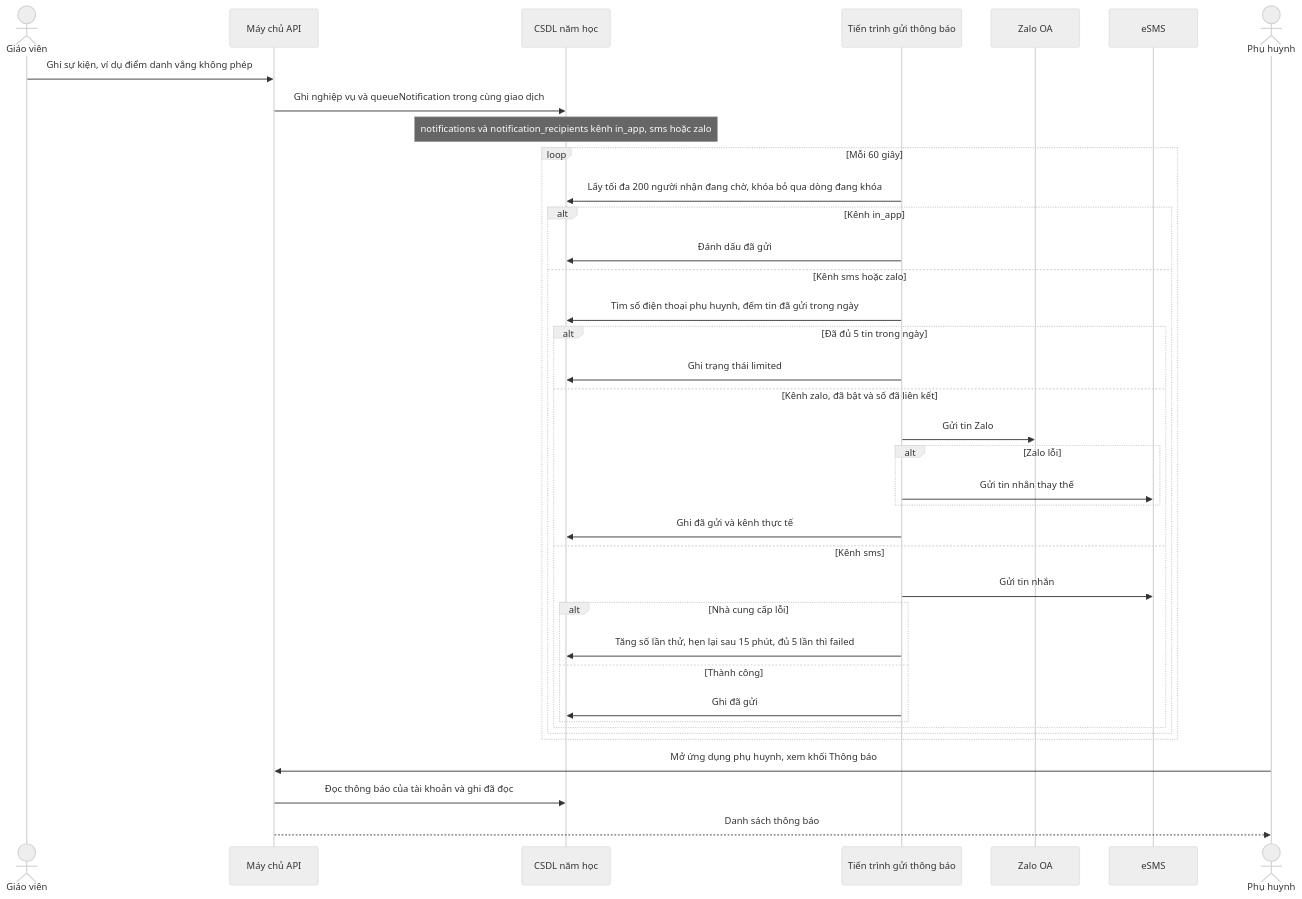
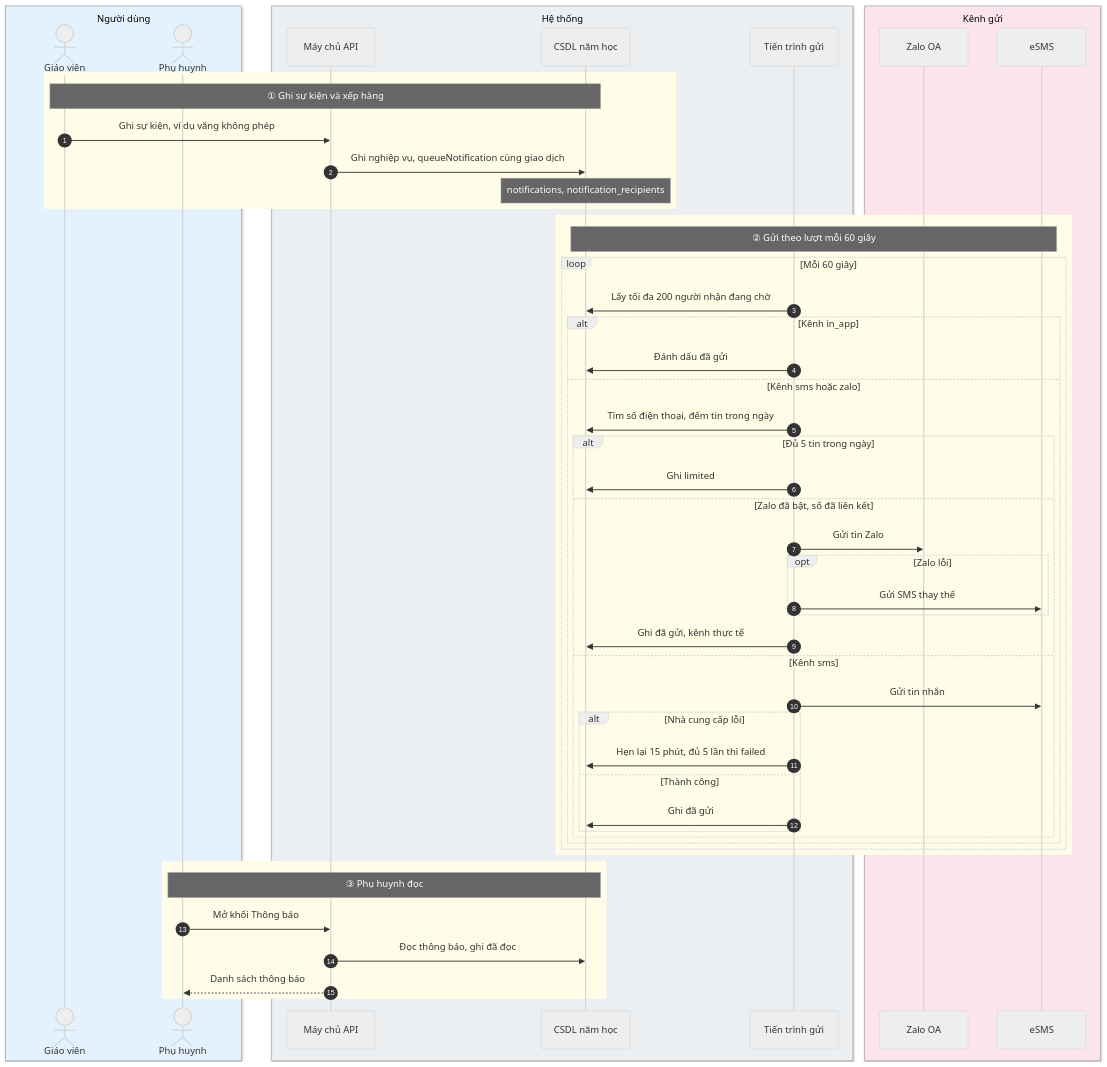
The fourth of 6 diagrams in tai_lieu/34_TONG_HOP_CHUC_NANG_HE_THONG/01_TONG_QUAN_VA_NEN_TANG.md (luckyshopvn/school_management), drawn with Mermaid (neutral theme) before and after one commit. The commit also changed other lines of this file and 8 other files, not shown here.

First line of the commit message:
Tài liệu 34: vẽ lại toàn bộ sơ đồ cho trực quan, thêm bản PDF gộp

````diff
--- a/tai_lieu/34_TONG_HOP_CHUC_NANG_HE_THONG/01_TONG_QUAN_VA_NEN_TANG.md
+++ b/tai_lieu/34_TONG_HOP_CHUC_NANG_HE_THONG/01_TONG_QUAN_VA_NEN_TANG.md
@@ -439,40 +515,56 @@
 ```mermaid
 sequenceDiagram
-  actor GV as Giáo viên
-  participant API as Máy chủ API
-  participant DB as CSDL năm học
-  participant TB as Tiến trình gửi thông báo
-  participant ZL as Zalo OA
-  participant SMS as eSMS
-  actor PH as Phụ huynh
-  GV->>API: Ghi sự kiện, ví dụ điểm danh vắng không phép
-  API->>DB: Ghi nghiệp vụ và queueNotification trong cùng giao dịch
-  Note over DB: notifications và notification_recipients kênh in_app, sms hoặc zalo
-  loop Mỗi 60 giây
-    TB->>DB: Lấy tối đa 200 người nhận đang chờ, khóa bỏ qua dòng đang khóa
-    alt Kênh in_app
-      TB->>DB: Đánh dấu đã gửi
-    else Kênh sms hoặc zalo
-      TB->>DB: Tìm số điện thoại phụ huynh, đếm tin đã gửi trong ngày
-      alt Đã đủ 5 tin trong ngày
-        TB->>DB: Ghi trạng thái limited
-      else Kênh zalo, đã bật và số đã liên kết
-        TB->>ZL: Gửi tin Zalo
-        alt Zalo lỗi
-          TB->>SMS: Gửi tin nhắn thay thế
-        end
-        TB->>DB: Ghi đã gửi và kênh thực tế
-      else Kênh sms
-        TB->>SMS: Gửi tin nhắn
-        alt Nhà cung cấp lỗi
-          TB->>DB: Tăng số lần thử, hẹn lại sau 15 phút, đủ 5 lần thì failed
-        else Thành công
-          TB->>DB: Ghi đã gửi
+  autonumber
+  box rgb(227,242,253) Người dùng
+    actor GV as Giáo viên
+    actor PH as Phụ huynh
+  end
+  box rgb(236,239,241) Hệ thống
+    participant API as Máy chủ API
+    participant DB as CSDL năm học
+    participant TB as Tiến trình gửi
+  end
+  box rgb(252,228,236) Kênh gửi
+    participant ZL as Zalo OA
+    participant SMS as eSMS
+  end
+  rect rgb(255,253,231)
+    Note over GV,DB: ① Ghi sự kiện và xếp hàng
+    GV->>API: Ghi sự kiện, ví dụ vắng không phép
+    API->>DB: Ghi nghiệp vụ, queueNotification cùng giao dịch
+    Note over DB: notifications, notification_recipients
+  end
+  rect rgb(255,253,231)
+    Note over DB,SMS: ② Gửi theo lượt mỗi 60 giây
+    loop Mỗi 60 giây
+      TB->>DB: Lấy tối đa 200 người nhận đang chờ
+      alt Kênh in_app
+        TB->>DB: Đánh dấu đã gửi
+      else Kênh sms hoặc zalo
+        TB->>DB: Tìm số điện thoại, đếm tin trong ngày
+        alt Đủ 5 tin trong ngày
+          TB->>DB: Ghi limited
+        else Zalo đã bật, số đã liên kết
+          TB->>ZL: Gửi tin Zalo
+          opt Zalo lỗi
+            TB->>SMS: Gửi SMS thay thế
+          end
+          TB->>DB: Ghi đã gửi, kênh thực tế
+        else Kênh sms
+          TB->>SMS: Gửi tin nhắn
+          alt Nhà cung cấp lỗi
+            TB->>DB: Hẹn lại 15 phút, đủ 5 lần thì failed
+          else Thành công
+            TB->>DB: Ghi đã gửi
+          end
         end
       end
     end
   end
-  PH->>API: Mở ứng dụng phụ huynh, xem khối Thông báo
-  API->>DB: Đọc thông báo của tài khoản và ghi đã đọc
-  API-->>PH: Danh sách thông báo
+  rect rgb(255,253,231)
+    Note over PH,DB: ③ Phụ huynh đọc
+    PH->>API: Mở khối Thông báo
+    API->>DB: Đọc thông báo, ghi đã đọc
+    API-->>PH: Danh sách thông báo
+  end
 ```
````
